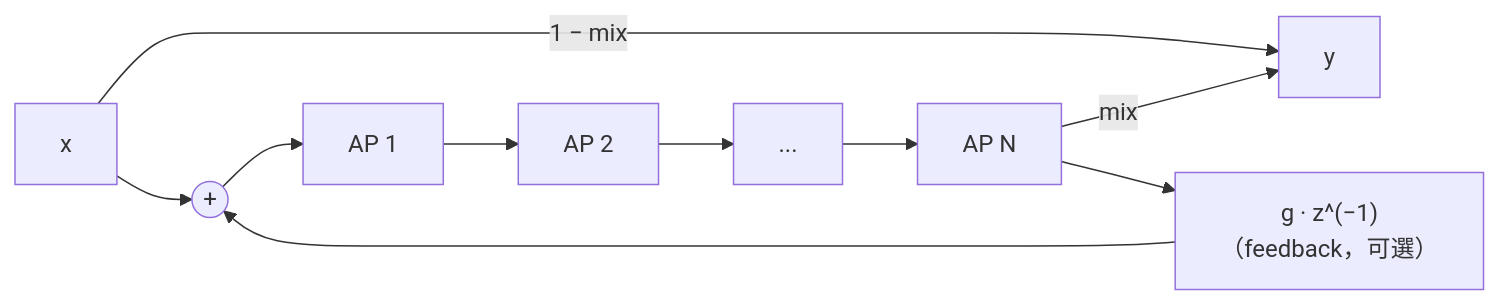
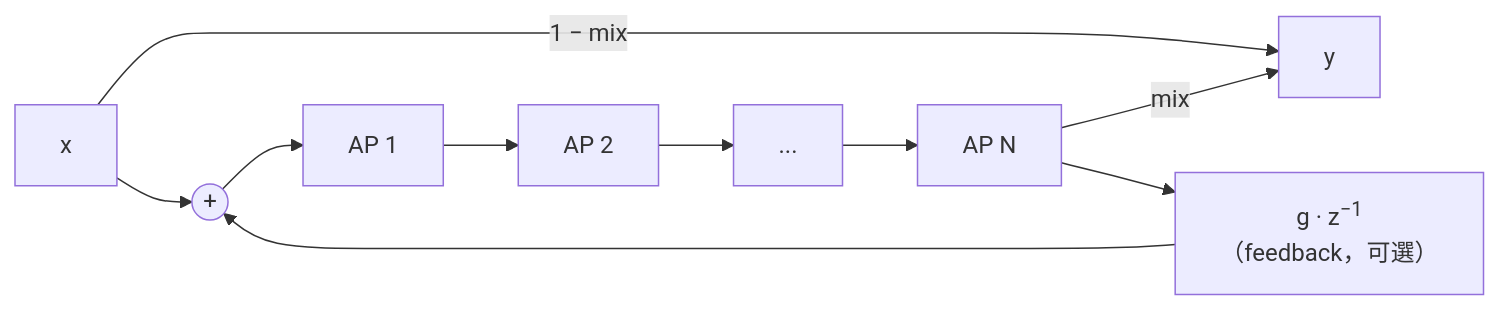
The fifth of 5 diagrams in lessons/10-modulation/README.zh-TW.md (TomHsieh300/DAW-for-fun), drawn with Mermaid before and after one commit. The commit also changed other lines of this file and 19 other files, not shown here.

First line of the commit message:
lessons: typeset subscripts and superscripts in Mermaid labels

````diff
--- a/lessons/10-modulation/README.zh-TW.md
+++ b/lessons/10-modulation/README.zh-TW.md
@@ -390,8 +390,8 @@
 ```mermaid
 flowchart LR
     X["x"] -->|"1 − mix"| Y["y"]
     X --> ADD(("#43;")) --> AP1["AP 1"] --> AP2["AP 2"] --> APD["..."] --> APN["AP N"]
     APN -->|"mix"| Y
-    APN --> FB["g · z^(−1)<br/>（feedback，可選）"]
+    APN --> FB["g · z<sup>−1</sup><br/>（feedback，可選）"]
     FB --> ADD
 ```
````
